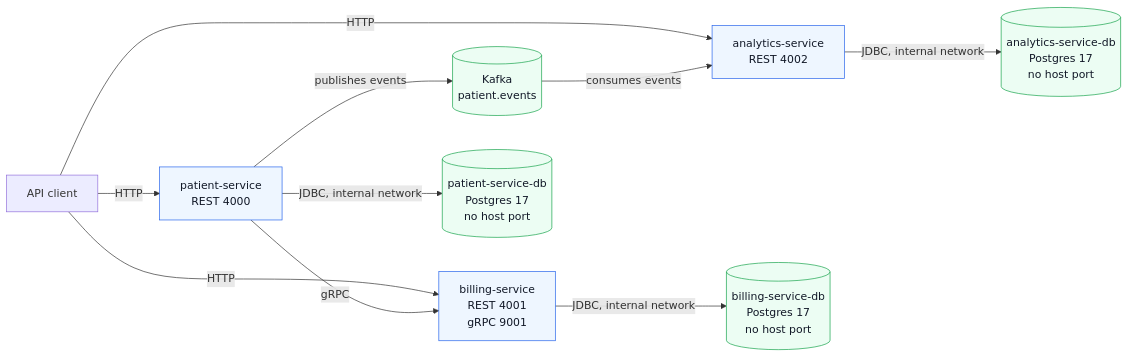
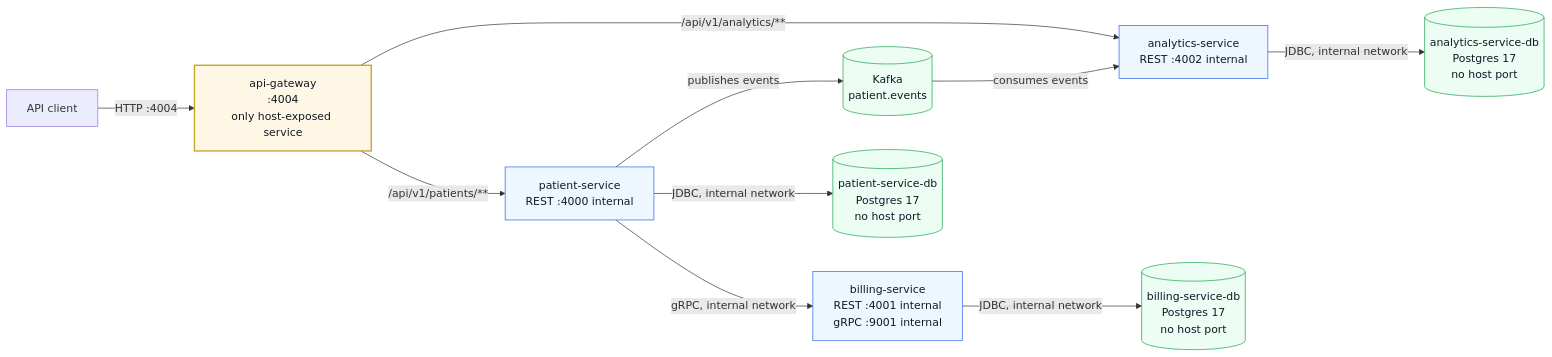
One commit to tunde-james/patient-management-system changed the diagram in README.md. Above: the diagram before and after it, drawn with Mermaid. The commit also changed other lines of this file, not shown here.

Commit message:
docs: port exposure policy, gateway-first API surface, architecture diagram

````diff
--- a/README.md
+++ b/README.md
@@ -7,30 +7,33 @@
 ```mermaid
 flowchart LR
   Client[API client]
+  Gateway[api-gateway<br/>:4004<br/>only host-exposed service]
 
-  Patient[patient-service<br/>REST 4000]
-  Billing[billing-service<br/>REST 4001<br/>gRPC 9001]
-  Analytics[analytics-service<br/>REST 4002]
+  Patient[patient-service<br/>REST :4000 internal]
+  Billing[billing-service<br/>REST :4001 internal<br/>gRPC :9001 internal]
+  Analytics[analytics-service<br/>REST :4002 internal]
   Kafka[(Kafka<br/>patient.events)]
 
   PatientDb[(patient-service-db<br/>Postgres 17<br/>no host port)]
   BillingDb[(billing-service-db<br/>Postgres 17<br/>no host port)]
   AnalyticsDb[(analytics-service-db<br/>Postgres 17<br/>no host port)]
 
-  Client -->|HTTP| Patient
-  Client -->|HTTP| Billing
-  Client -->|HTTP| Analytics
+  Client -->|HTTP :4004| Gateway
+  Gateway -->|/api/v1/patients/**| Patient
+  Gateway -->|/api/v1/analytics/**| Analytics
 
-  Patient -->|gRPC| Billing
+  Patient -->|gRPC, internal network| Billing
   Patient -->|publishes events| Kafka
   Kafka -->|consumes events| Analytics
 
   Patient -->|JDBC, internal network| PatientDb
   Billing -->|JDBC, internal network| BillingDb
   Analytics -->|JDBC, internal network| AnalyticsDb
 
+  classDef gateway fill:#fff7e6,stroke:#C9A227,stroke-width:2px,color:#111827
   classDef service fill:#eef6ff,stroke:#2563eb,stroke-width:1px,color:#111827
   classDef data fill:#ecfdf3,stroke:#16a34a,stroke-width:1px,color:#111827
+  class Gateway gateway
   class Patient,Billing,Analytics service
   class Kafka,PatientDb,BillingDb,AnalyticsDb data
 ```
````
